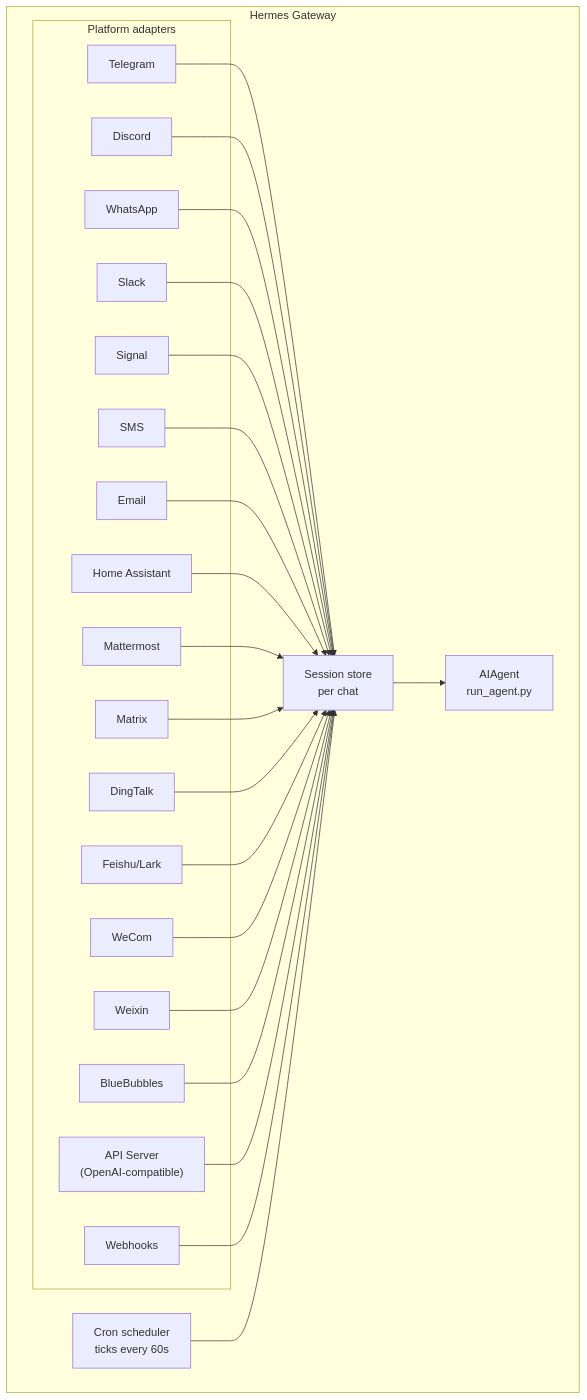
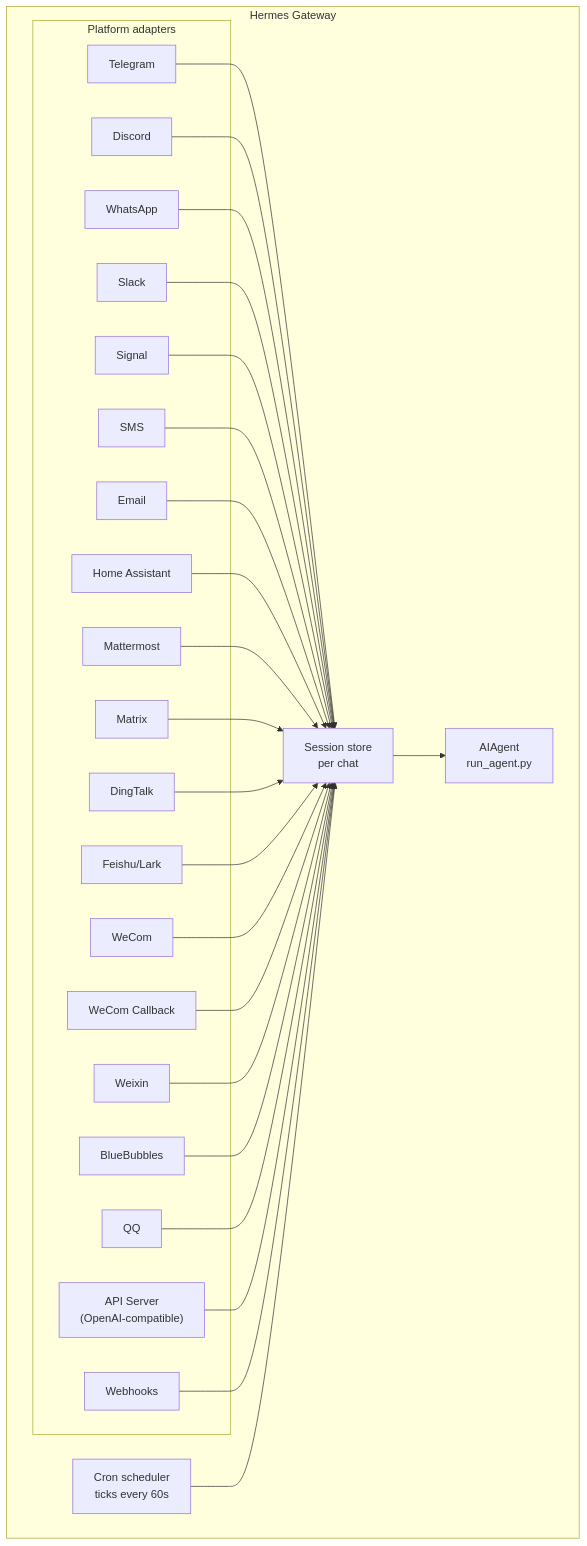
Before and after one commit to biojiayuxin/potato-agent: the diagram in hermes-agent/website/docs/user-guide/messaging/index.md, drawn with Mermaid. The commit also changed other lines of this file and 544 other files, not shown here.

````diff
--- a/hermes-agent/website/docs/user-guide/messaging/index.md
+++ b/hermes-agent/website/docs/user-guide/messaging/index.md
@@ -37,48 +39,52 @@
 ```mermaid
 flowchart TB
     subgraph Gateway["Hermes Gateway"]
         subgraph Adapters["Platform adapters"]
             tg[Telegram]
             dc[Discord]
             wa[WhatsApp]
             sl[Slack]
             sig[Signal]
             sms[SMS]
             em[Email]
             ha[Home Assistant]
             mm[Mattermost]
             mx[Matrix]
             dt[DingTalk]
     fs[Feishu/Lark]
     wc[WeCom]
+    wcb[WeCom Callback]
     wx[Weixin]
     bb[BlueBubbles]
+    qq[QQ]
             api["API Server<br/>(OpenAI-compatible)"]
             wh[Webhooks]
         end
 
         store["Session store<br/>per chat"]
         agent["AIAgent<br/>run_agent.py"]
         cron["Cron scheduler<br/>ticks every 60s"]
     end
 
     tg --> store
     dc --> store
     wa --> store
     sl --> store
     sig --> store
     sms --> store
     em --> store
     ha --> store
     mm --> store
     mx --> store
     dt --> store
     fs --> store
     wc --> store
+    wcb --> store
     wx --> store
     bb --> store
+    qq --> store
     api --> store
     wh --> store
     store --> agent
     cron --> store
 ```
````
